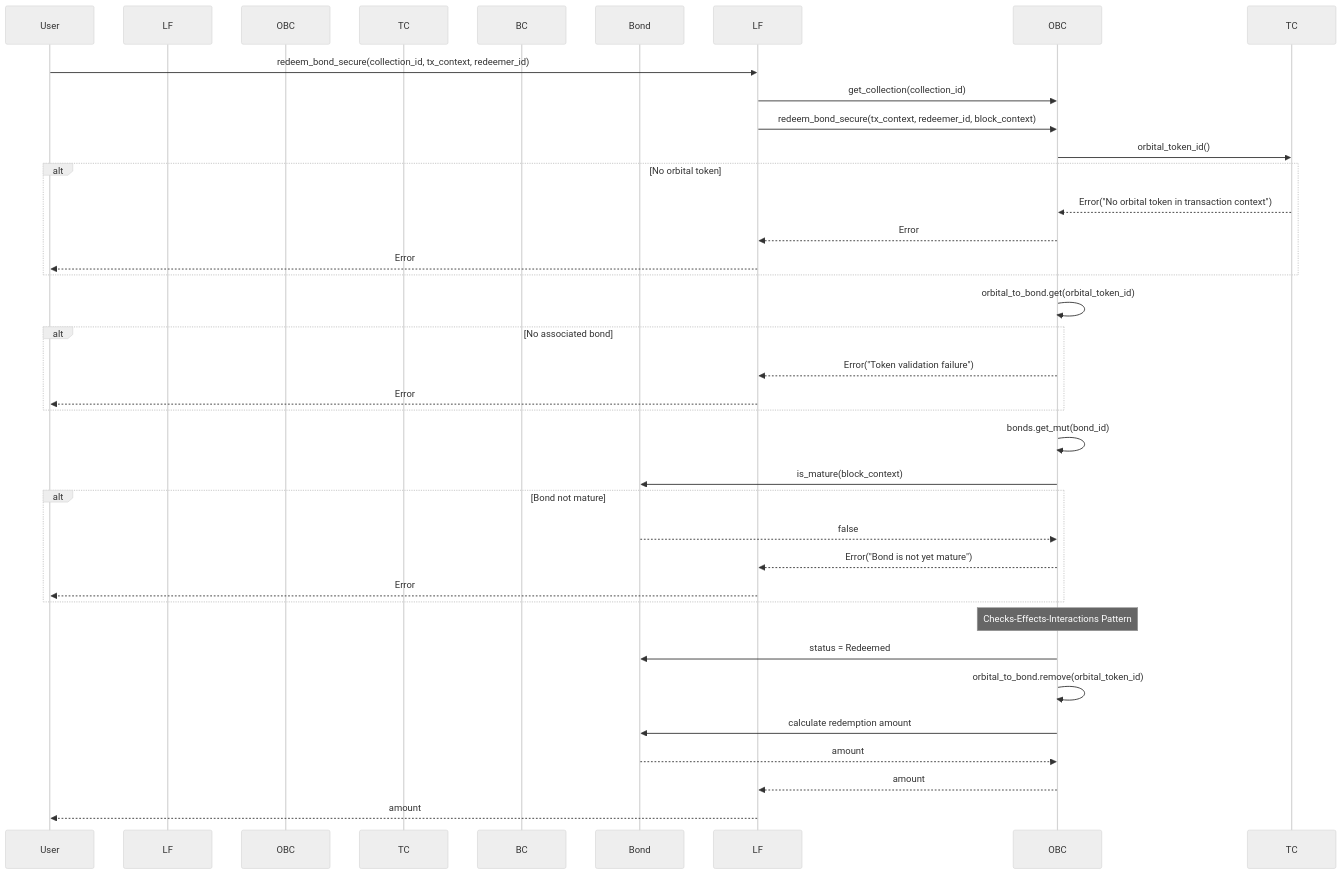
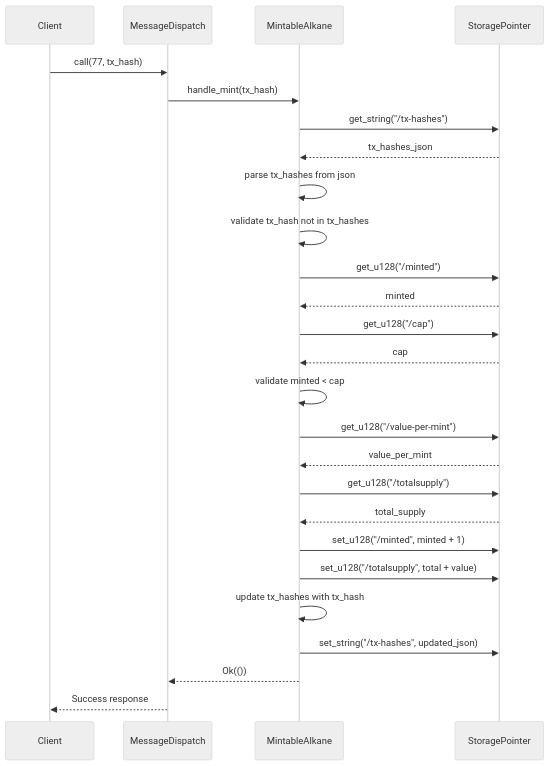
The second of 2 diagrams in memory-bank/systemPatterns.md (0xcasuwu/boiler), drawn with Mermaid (neutral theme) before and after one commit. The commit also changed other lines of this file and 66 other files, not shown here.

````diff
--- a/memory-bank/systemPatterns.md
+++ b/memory-bank/systemPatterns.md
@@ -299,45 +588,29 @@
 ```mermaid
 sequenceDiagram
-    participant User
-    participant LaunchpadFactory as LF
-    participant OrbitalCollection as OBC
-    participant TransactionContext as TC
-    participant BlockContext as BC
-    participant Bond
-    
-    User->>LF: redeem_bond_secure(collection_id, tx_context, redeemer_id)
-    LF->>OBC: get_collection(collection_id)
-    LF->>OBC: redeem_bond_secure(tx_context, redeemer_id, block_context)
-    OBC->>TC: orbital_token_id()
-    
-    alt No orbital token
-        TC-->>OBC: Error("No orbital token in transaction context")
-        OBC-->>LF: Error
-        LF-->>User: Error
-    end
-    
-    OBC->>OBC: orbital_to_bond.get(orbital_token_id)
-    
-    alt No associated bond
-        OBC-->>LF: Error("Token validation failure")
-        LF-->>User: Error
-    end
-    
-    OBC->>OBC: bonds.get_mut(bond_id)
-    OBC->>Bond: is_mature(block_context)
-    
-    alt Bond not mature
-        Bond-->>OBC: false
-        OBC-->>LF: Error("Bond is not yet mature")
-        LF-->>User: Error
-    end
-    
-    Note over OBC: Checks-Effects-Interactions Pattern
-    OBC->>Bond: status = Redeemed
-    OBC->>OBC: orbital_to_bond.remove(orbital_token_id)
-    
-    OBC->>Bond: calculate redemption amount
-    Bond-->>OBC: amount
-    OBC-->>LF: amount
-    LF-->>User: amount
+    participant Client
+    participant Dispatcher as MessageDispatch
+    participant Contract as MintableAlkane
+    participant Storage as StoragePointer
+
+    Client->>Dispatcher: call(77, tx_hash)
+    Dispatcher->>Contract: handle_mint(tx_hash)
+    Contract->>Storage: get_string("/tx-hashes")
+    Storage-->>Contract: tx_hashes_json
+    Contract->>Contract: parse tx_hashes from json
+    Contract->>Contract: validate tx_hash not in tx_hashes
+    Contract->>Storage: get_u128("/minted")
+    Storage-->>Contract: minted
+    Contract->>Storage: get_u128("/cap")
+    Storage-->>Contract: cap
+    Contract->>Contract: validate minted < cap
+    Contract->>Storage: get_u128("/value-per-mint")
+    Storage-->>Contract: value_per_mint
+    Contract->>Storage: get_u128("/totalsupply")
+    Storage-->>Contract: total_supply
+    Contract->>Storage: set_u128("/minted", minted + 1)
+    Contract->>Storage: set_u128("/totalsupply", total + value)
+    Contract->>Contract: update tx_hashes with tx_hash
+    Contract->>Storage: set_string("/tx-hashes", updated_json)
+    Contract-->>Dispatcher: Ok(())
+    Dispatcher-->>Client: Success response
 ```
````
